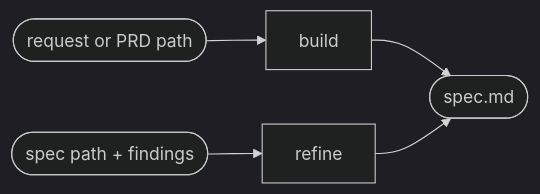
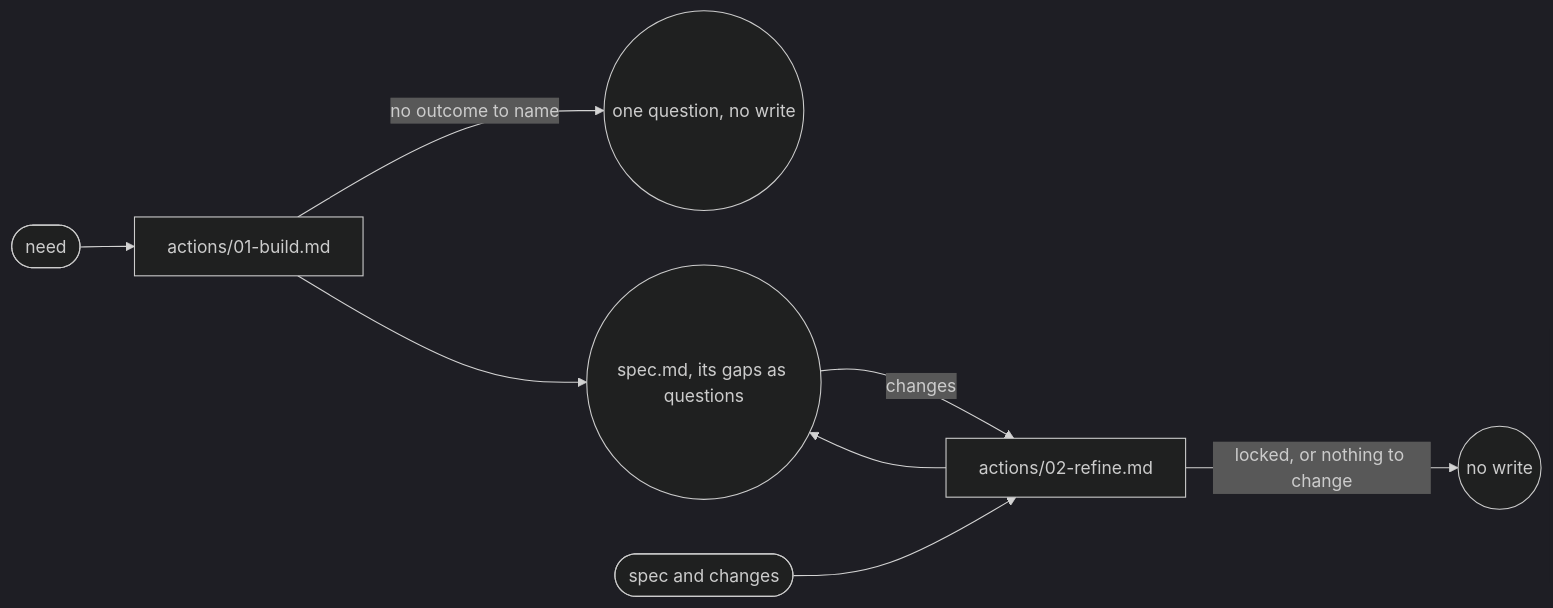
Before and after one commit to ai-driven-dev/framework: the diagram in plugins/aidd-pm/skills/04-spec/SKILL.md, drawn with Mermaid (dark theme). The commit also changed other lines of this file and 21 other files, not shown here.

````diff
--- a/plugins/aidd-pm/skills/04-spec/SKILL.md
+++ b/plugins/aidd-pm/skills/04-spec/SKILL.md
@@ -9,5 +9,10 @@
 ```mermaid
 flowchart LR
-  request([request or PRD path]) --> build --> done([spec.md])
-  target([spec path + findings]) --> refine --> done
+  source([need]) --> build["actions/01-build.md"]
+  build -->|"no outcome to name"| asked((one question, no write))
+  build --> spec((spec.md, its gaps as questions))
+  spec -->|"changes"| refine
+  changes([spec and changes]) --> refine["actions/02-refine.md"]
+  refine --> spec
+  refine -->|"locked, or nothing to change"| unchanged((no write))
 ```
````
